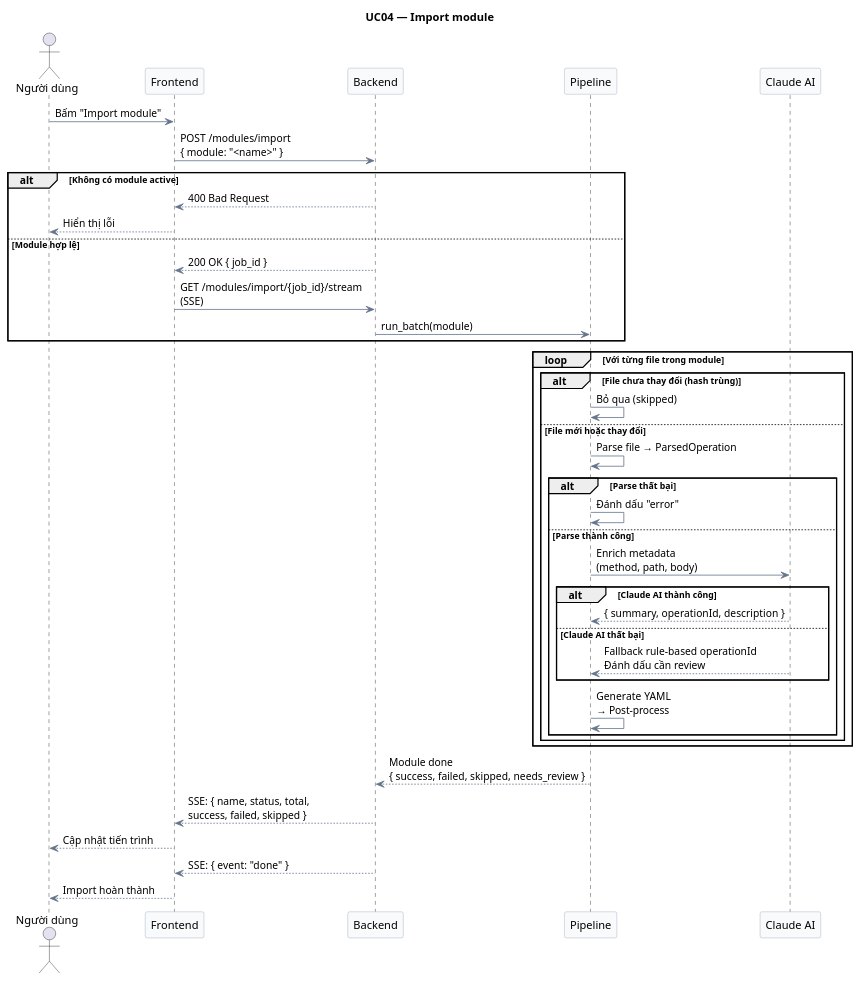
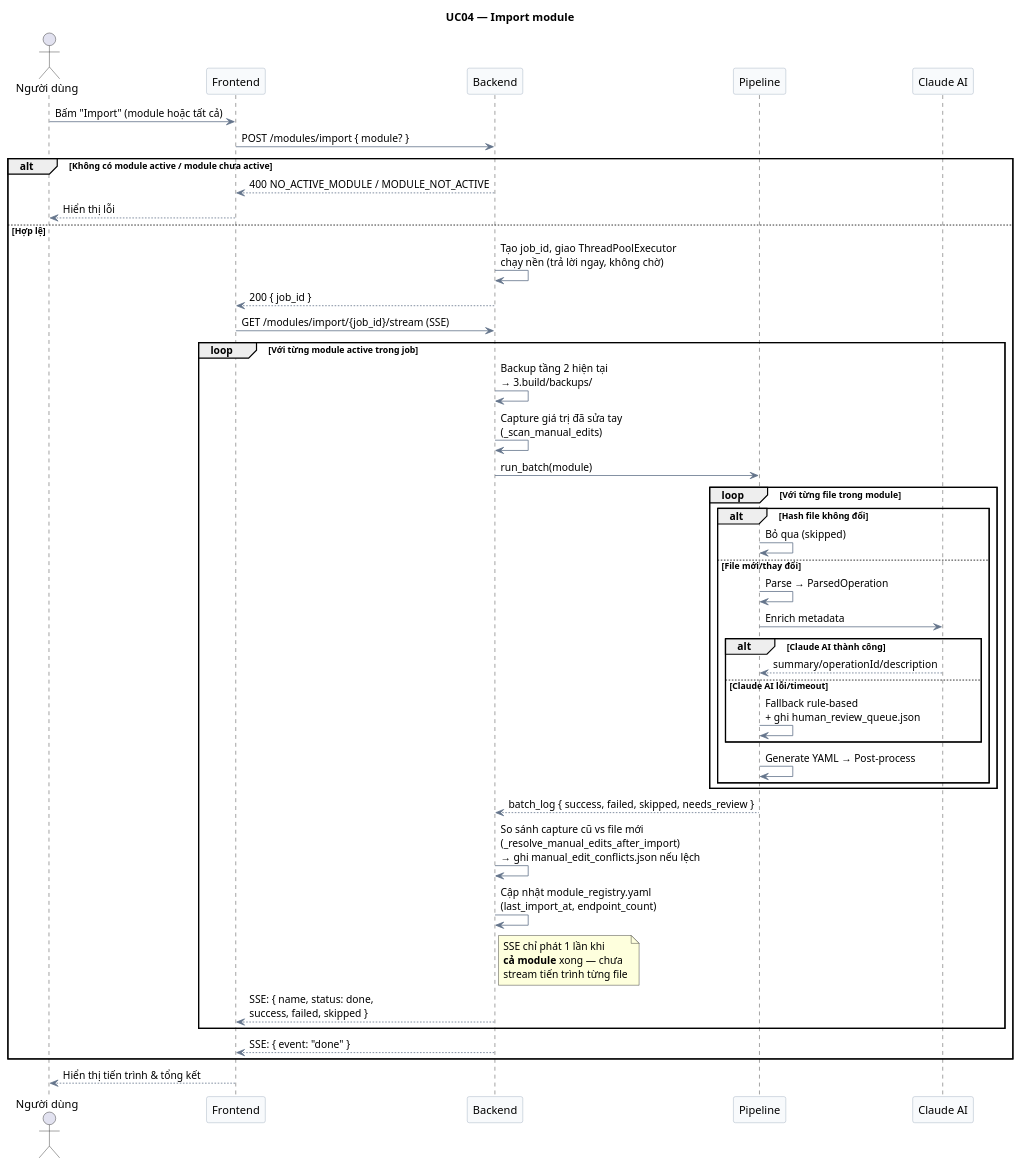
Before and after one commit to DuyTon666/API-CONVERTER: the diagram in docs/sequence/UC04_sequence.puml, drawn with PlantUML. The commit also changed 80 other files, not shown here.

```diff
--- a/docs/sequence/UC04_sequence.puml
+++ b/docs/sequence/UC04_sequence.puml
@@ -1,53 +1,58 @@
 @startuml UC04_ImportModule
 skinparam SequenceArrowColor #64748B
 skinparam SequenceBoxBorderColor #CBD5E1
 skinparam ParticipantBackgroundColor #F8FAFC
 skinparam ParticipantBorderColor #94A3B8
 
 title UC04 — Import module
 
 actor "Người dùng" as User
 participant "Frontend" as FE
 participant "Backend" as BE
 participant "Pipeline" as PL
 participant "Claude AI" as AI
 
-User -> FE: Bấm "Import module"
-FE -> BE: POST /modules/import\n{ module: "<name>" }
+User -> FE: Bấm "Import" (module hoặc tất cả)
+FE -> BE: POST /modules/import { module? }
 
-alt Không có module active
-  BE --> FE: 400 Bad Request
+alt Không có module active / module chưa active
+  BE --> FE: 400 NO_ACTIVE_MODULE / MODULE_NOT_ACTIVE
   FE --> User: Hiển thị lỗi
-else Module hợp lệ
-  BE --> FE: 200 OK { job_id }
-  FE -> BE: GET /modules/import/{job_id}/stream\n(SSE)
-  BE -> PL: run_batch(module)
+else Hợp lệ
+  BE -> BE: Tạo job_id, giao ThreadPoolExecutor\nchạy nền (trả lời ngay, không chờ)
+  BE --> FE: 200 { job_id }
+  FE -> BE: GET /modules/import/{job_id}/stream (SSE)
+
+  loop Với từng module active trong job
+    BE -> BE: Backup tầng 2 hiện tại\n→ 3.build/backups/
+    BE -> BE: Capture giá trị đã sửa tay\n(_scan_manual_edits)
+    BE -> PL: run_batch(module)
+
+    loop Với từng file trong module
+      alt Hash file không đổi
+        PL -> PL: Bỏ qua (skipped)
+      else File mới/thay đổi
+        PL -> PL: Parse → ParsedOperation
+        PL -> AI: Enrich metadata
+        alt Claude AI thành công
+          AI --> PL: summary/operationId/description
+        else Claude AI lỗi/timeout
+          PL -> PL: Fallback rule-based\n+ ghi human_review_queue.json
+        end
+        PL -> PL: Generate YAML → Post-process
+      end
+    end
+
+    PL --> BE: batch_log { success, failed, skipped, needs_review }
+    BE -> BE: So sánh capture cũ vs file mới\n(_resolve_manual_edits_after_import)\n→ ghi manual_edit_conflicts.json nếu lệch
+    BE -> BE: Cập nhật module_registry.yaml\n(last_import_at, endpoint_count)
+    note right of BE: SSE chỉ phát 1 lần khi\n**cả module** xong — chưa\nstream tiến trình từng file
+    BE --> FE: SSE: { name, status: done,\nsuccess, failed, skipped }
+  end
+
+  BE --> FE: SSE: { event: "done" }
 end
 
-loop Với từng file trong module
-  alt File chưa thay đổi (hash trùng)
-    PL -> PL: Bỏ qua (skipped)
-  else File mới hoặc thay đổi
-    PL -> PL: Parse file → ParsedOperation
-    alt Parse thất bại
-      PL -> PL: Đánh dấu "error"
-    else Parse thành công
-      PL -> AI: Enrich metadata\n(method, path, body)
-      alt Claude AI thành công
-        AI --> PL: { summary, operationId, description }
-      else Claude AI thất bại
-        AI --> PL: Fallback rule-based operationId\nĐánh dấu cần review
-      end
-      PL -> PL: Generate YAML\n→ Post-process
-    end
-  end
-end
-
-PL --> BE: Module done\n{ success, failed, skipped, needs_review }
-BE --> FE: SSE: { name, status, total,\nsuccess, failed, skipped }
-FE --> User: Cập nhật tiến trình
-
-BE --> FE: SSE: { event: "done" }
-FE --> User: Import hoàn thành
+FE --> User: Hiển thị tiến trình & tổng kết
 
 @enduml
```
